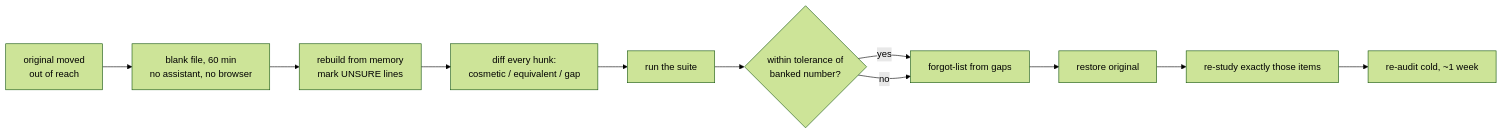
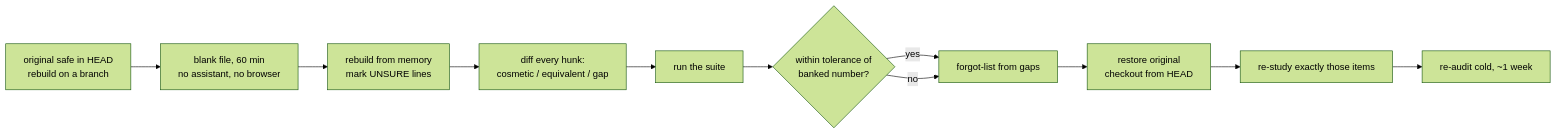
Before and after one commit to macayaven/agent-harness-path: the diagram in lessons/src/S13-rebuild-from-memory.md, drawn with Mermaid (forest theme). The commit also changed other lines of this file and 150 other files, not shown here.

````diff
--- a/lessons/src/S13-rebuild-from-memory.md
+++ b/lessons/src/S13-rebuild-from-memory.md
@@ -141,13 +160,13 @@
 ```mermaid
 flowchart LR
-    A[original moved<br/>out of reach] --> B[blank file, 60 min<br/>no assistant, no browser]
+    A[original safe in HEAD<br/>rebuild on a branch] --> B[blank file, 60 min<br/>no assistant, no browser]
     B --> C[rebuild from memory<br/>mark UNSURE lines]
     C --> D[diff every hunk:<br/>cosmetic / equivalent / gap]
     D --> E[run the suite]
     E --> F{within tolerance of<br/>banked number?}
     F -- yes --> G[forgot-list from gaps]
     F -- no --> G
-    G --> H[restore original]
+    G --> H[restore original<br/>checkout from HEAD]
     H --> I[re-study exactly those items]
     I --> J[re-audit cold, ~1 week]
 ```
````
